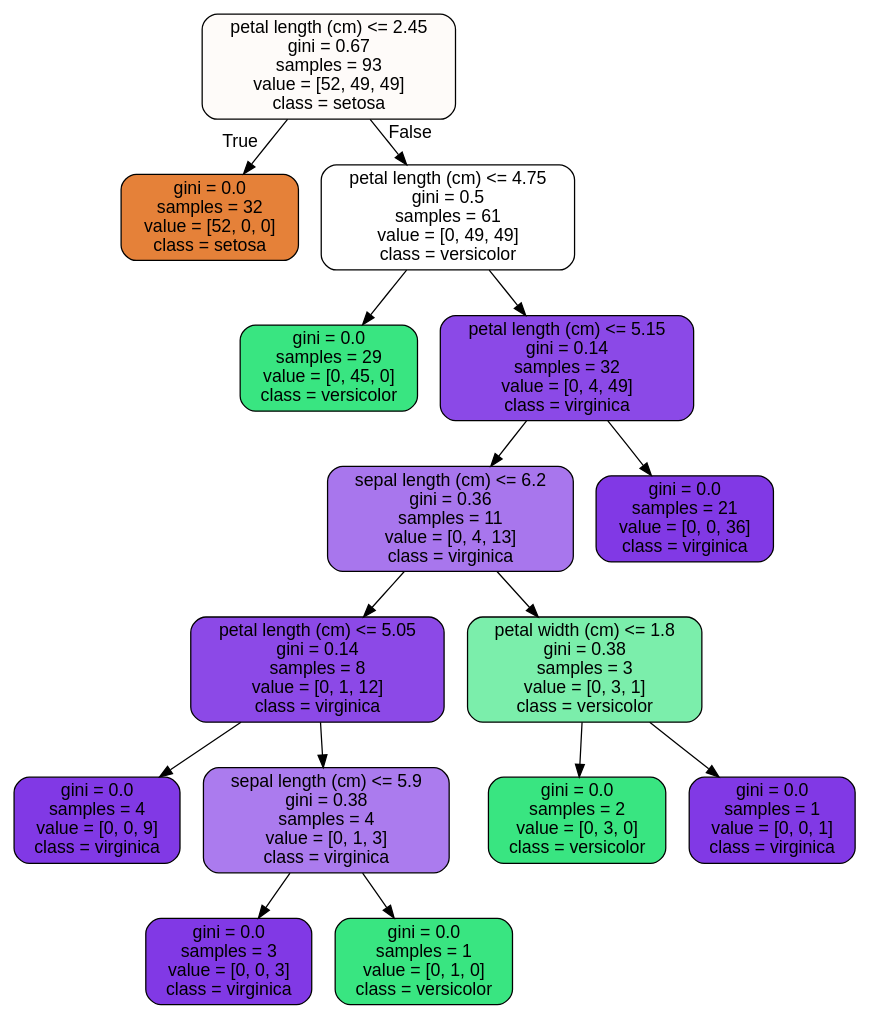
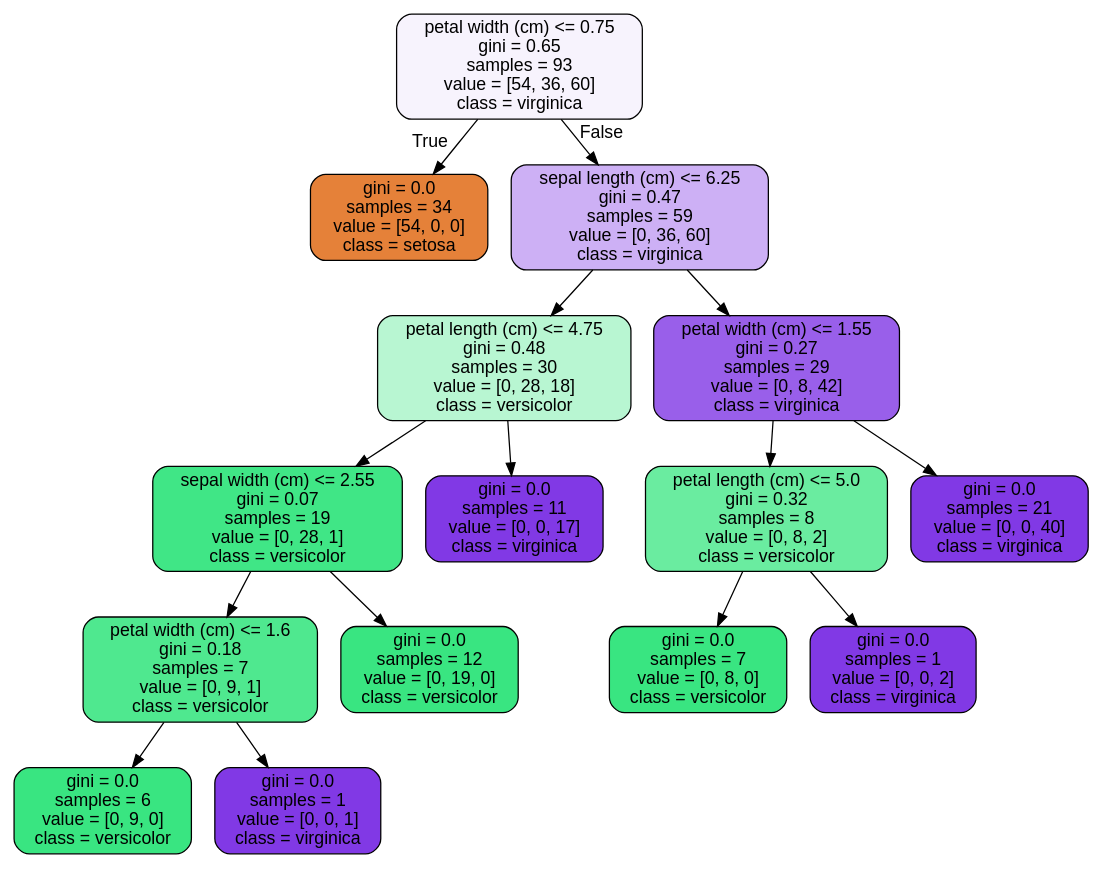
One commit to vanslykeaudio/SpringBoardDataScience changed the diagram in RandomForest Covid Case Study/tree.dot. Above: the diagram before and after it, drawn with Graphviz. The commit also changed 2 other files, not shown here.

```diff
--- a/RandomForest Covid Case Study/tree.dot
+++ b/RandomForest Covid Case Study/tree.dot
@@ -1,33 +1,33 @@
 digraph Tree {
 node [shape=box, style="filled, rounded", color="black", fontname="helvetica"] ;
 edge [fontname="helvetica"] ;
-0 [label="petal length (cm) <= 2.45\ngini = 0.67\nsamples = 93\nvalue = [52, 49, 49]\nclass = setosa", fillcolor="#fefbf9"] ;
-1 [label="gini = 0.0\nsamples = 32\nvalue = [52, 0, 0]\nclass = setosa", fillcolor="#e58139"] ;
+0 [label="petal width (cm) <= 0.75\ngini = 0.65\nsamples = 93\nvalue = [54, 36, 60]\nclass = virginica", fillcolor="#f7f3fd"] ;
+1 [label="gini = 0.0\nsamples = 34\nvalue = [54, 0, 0]\nclass = setosa", fillcolor="#e58139"] ;
 0 -> 1 [labeldistance=2.5, labelangle=45, headlabel="True"] ;
-2 [label="petal length (cm) <= 4.75\ngini = 0.5\nsamples = 61\nvalue = [0, 49, 49]\nclass = versicolor", fillcolor="#ffffff"] ;
+2 [label="sepal length (cm) <= 6.25\ngini = 0.47\nsamples = 59\nvalue = [0, 36, 60]\nclass = virginica", fillcolor="#cdb0f5"] ;
 0 -> 2 [labeldistance=2.5, labelangle=-45, headlabel="False"] ;
-3 [label="gini = 0.0\nsamples = 29\nvalue = [0, 45, 0]\nclass = versicolor", fillcolor="#39e581"] ;
+3 [label="petal length (cm) <= 4.75\ngini = 0.48\nsamples = 30\nvalue = [0, 28, 18]\nclass = versicolor", fillcolor="#b8f6d2"] ;
 2 -> 3 ;
-4 [label="petal length (cm) <= 5.15\ngini = 0.14\nsamples = 32\nvalue = [0, 4, 49]\nclass = virginica", fillcolor="#8b49e7"] ;
-2 -> 4 ;
-5 [label="sepal length (cm) <= 6.2\ngini = 0.36\nsamples = 11\nvalue = [0, 4, 13]\nclass = virginica", fillcolor="#a876ed"] ;
+4 [label="sepal width (cm) <= 2.55\ngini = 0.07\nsamples = 19\nvalue = [0, 28, 1]\nclass = versicolor", fillcolor="#40e686"] ;
+3 -> 4 ;
+5 [label="petal width (cm) <= 1.6\ngini = 0.18\nsamples = 7\nvalue = [0, 9, 1]\nclass = versicolor", fillcolor="#4fe88f"] ;
 4 -> 5 ;
-6 [label="petal length (cm) <= 5.05\ngini = 0.14\nsamples = 8\nvalue = [0, 1, 12]\nclass = virginica", fillcolor="#8c49e7"] ;
+6 [label="gini = 0.0\nsamples = 6\nvalue = [0, 9, 0]\nclass = versicolor", fillcolor="#39e581"] ;
 5 -> 6 ;
-7 [label="gini = 0.0\nsamples = 4\nvalue = [0, 0, 9]\nclass = virginica", fillcolor="#8139e5"] ;
-6 -> 7 ;
-8 [label="sepal length (cm) <= 5.9\ngini = 0.38\nsamples = 4\nvalue = [0, 1, 3]\nclass = virginica", fillcolor="#ab7bee"] ;
-6 -> 8 ;
-9 [label="gini = 0.0\nsamples = 3\nvalue = [0, 0, 3]\nclass = virginica", fillcolor="#8139e5"] ;
-8 -> 9 ;
-10 [label="gini = 0.0\nsamples = 1\nvalue = [0, 1, 0]\nclass = versicolor", fillcolor="#39e581"] ;
-8 -> 10 ;
-11 [label="petal width (cm) <= 1.8\ngini = 0.38\nsamples = 3\nvalue = [0, 3, 1]\nclass = versicolor", fillcolor="#7beeab"] ;
-5 -> 11 ;
-12 [label="gini = 0.0\nsamples = 2\nvalue = [0, 3, 0]\nclass = versicolor", fillcolor="#39e581"] ;
+7 [label="gini = 0.0\nsamples = 1\nvalue = [0, 0, 1]\nclass = virginica", fillcolor="#8139e5"] ;
+5 -> 7 ;
+8 [label="gini = 0.0\nsamples = 12\nvalue = [0, 19, 0]\nclass = versicolor", fillcolor="#39e581"] ;
+4 -> 8 ;
+9 [label="gini = 0.0\nsamples = 11\nvalue = [0, 0, 17]\nclass = virginica", fillcolor="#8139e5"] ;
+3 -> 9 ;
+10 [label="petal width (cm) <= 1.55\ngini = 0.27\nsamples = 29\nvalue = [0, 8, 42]\nclass = virginica", fillcolor="#995fea"] ;
+2 -> 10 ;
+11 [label="petal length (cm) <= 5.0\ngini = 0.32\nsamples = 8\nvalue = [0, 8, 2]\nclass = versicolor", fillcolor="#6aeca0"] ;
+10 -> 11 ;
+12 [label="gini = 0.0\nsamples = 7\nvalue = [0, 8, 0]\nclass = versicolor", fillcolor="#39e581"] ;
 11 -> 12 ;
-13 [label="gini = 0.0\nsamples = 1\nvalue = [0, 0, 1]\nclass = virginica", fillcolor="#8139e5"] ;
+13 [label="gini = 0.0\nsamples = 1\nvalue = [0, 0, 2]\nclass = virginica", fillcolor="#8139e5"] ;
 11 -> 13 ;
-14 [label="gini = 0.0\nsamples = 21\nvalue = [0, 0, 36]\nclass = virginica", fillcolor="#8139e5"] ;
-4 -> 14 ;
+14 [label="gini = 0.0\nsamples = 21\nvalue = [0, 0, 40]\nclass = virginica", fillcolor="#8139e5"] ;
+10 -> 14 ;
 }
```
